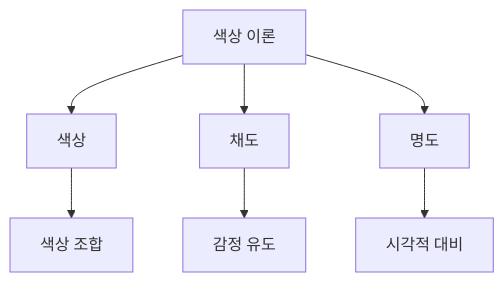
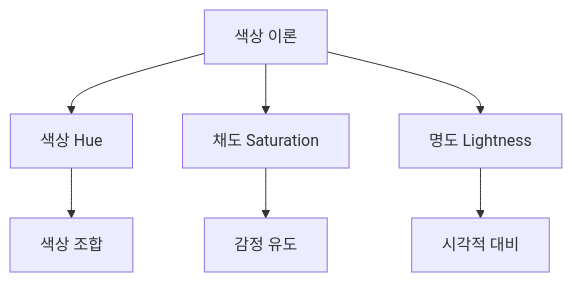
Before and after one commit to 42jerrykim/42jerrykim.github.io: the tenth of 11 diagrams in content/post/2024/2024-10-23-color-brewer/index.md, drawn with Mermaid. The commit also changed other lines of this file and 239 other files, not shown here.

````diff
--- a/content/post/2024/2024-10-23-color-brewer/index.md
+++ b/content/post/2024/2024-10-23-color-brewer/index.md
@@ -529,9 +491,16 @@
 ```mermaid
-graph TD;
-    A[색상 이론] --> B[색상]
-    A --> C[채도]
-    A --> D[명도]
-    B --> E[색상 조합]
-    C --> F[감정 유도]
-    D --> G[시각적 대비]
+graph TD
+    ColorTheory["색상 이론"]
+    HueNode["색상 Hue"]
+    SaturationNode["채도 Saturation"]
+    LightnessNode["명도 Lightness"]
+    ColorCombine["색상 조합"]
+    EmotionLead["감정 유도"]
+    VisualContrast["시각적 대비"]
+    ColorTheory --> HueNode
+    ColorTheory --> SaturationNode
+    ColorTheory --> LightnessNode
+    HueNode --> ColorCombine
+    SaturationNode --> EmotionLead
+    LightnessNode --> VisualContrast
 ```
````
